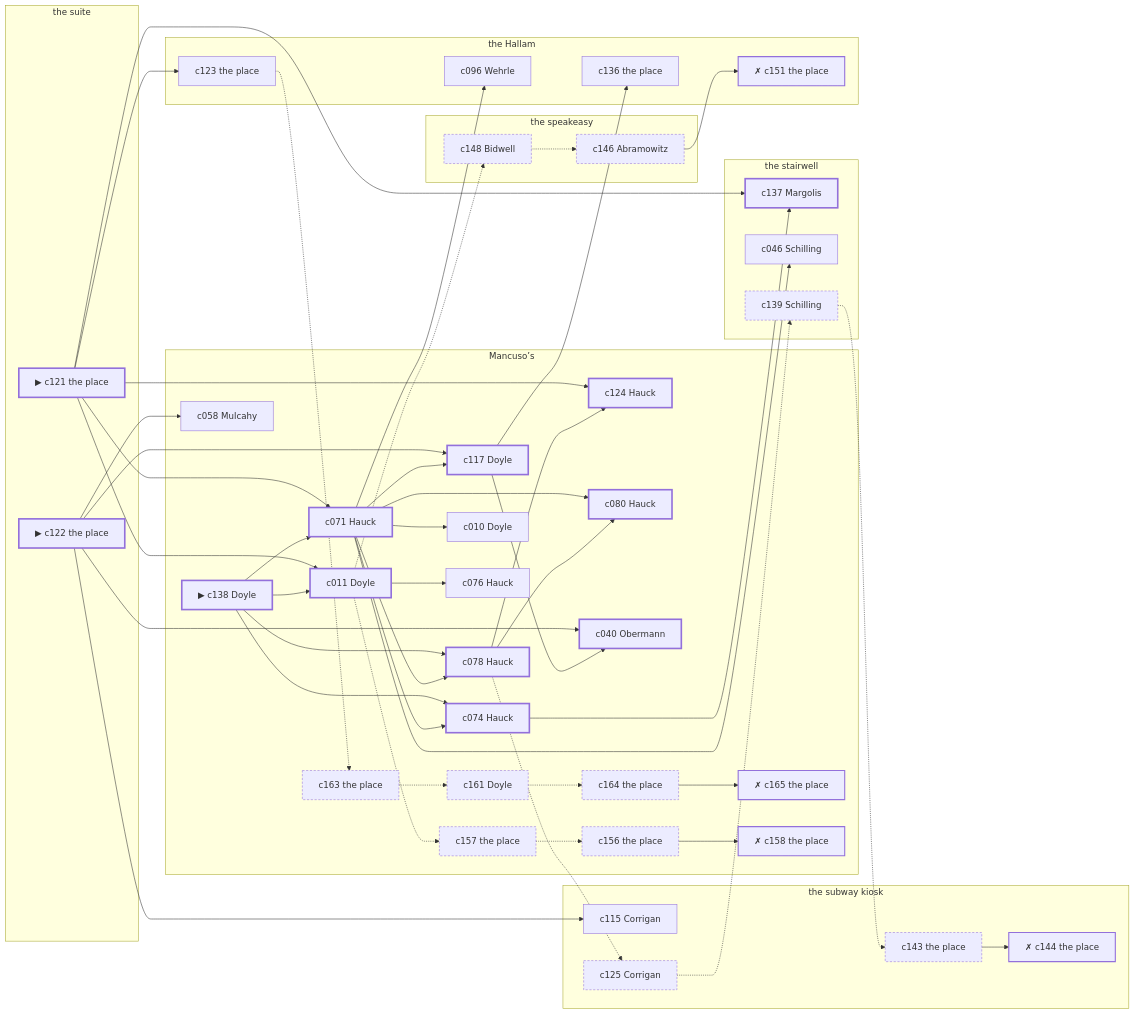
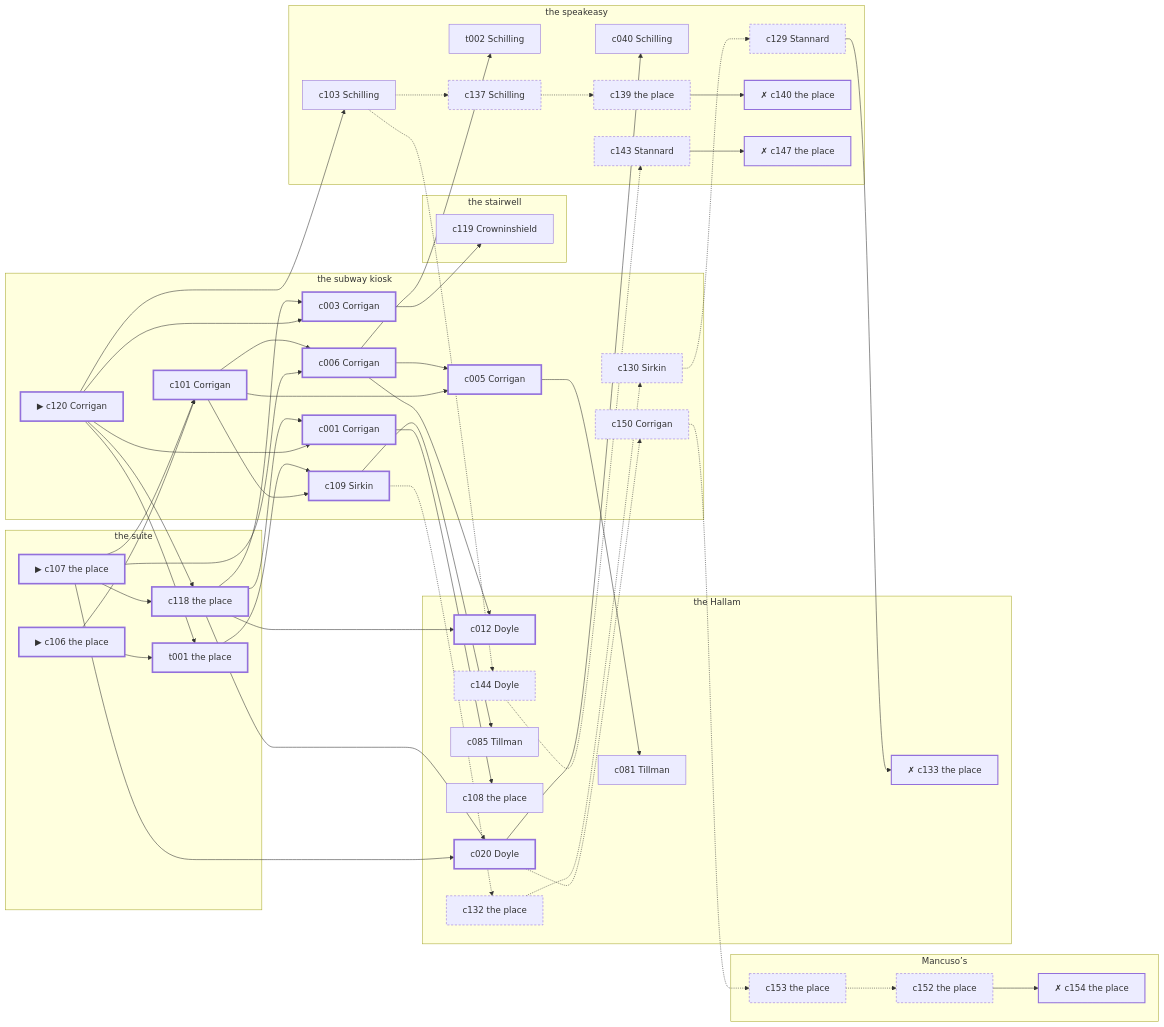
Before and after one commit to lyamshin/dashiell: the diagram in docs/samples/case-17.md, drawn with Mermaid. The commit also changed other lines of this file and 110 other files, not shown here.

````diff
--- a/docs/samples/case-17.md
+++ b/docs/samples/case-17.md
@@ -318,97 +723,98 @@
 ```mermaid
 graph LR
   subgraph P1["the suite"]
-    c121["▶ c121 the place"]
-    c122["▶ c122 the place"]
+    c106["▶ c106 the place"]
+    c107["▶ c107 the place"]
+    c118["c118 the place"]
+    t001["t001 the place"]
   end
   subgraph P2["the speakeasy"]
-    c148["c148 Bidwell"]
-    c146["c146 Abramowitz"]
+    c103["c103 Schilling"]
+    t002["t002 Schilling"]
+    c040["c040 Schilling"]
+    c129["c129 Stannard"]
+    c137["c137 Schilling"]
+    c139["c139 the place"]
+    c140["✗ c140 the place"]
+    c143["c143 Stannard"]
+    c147["✗ c147 the place"]
   end
   subgraph P3["Mancuso’s"]
-    c138["▶ c138 Doyle"]
-    c071["c071 Hauck"]
-    c117["c117 Doyle"]
-    c078["c078 Hauck"]
-    c011["c011 Doyle"]
-    c074["c074 Hauck"]
-    c124["c124 Hauck"]
-    c080["c080 Hauck"]
-    c040["c040 Obermann"]
-    c058["c058 Mulcahy"]
-    c010["c010 Doyle"]
-    c076["c076 Hauck"]
-    c163["c163 the place"]
-    c161["c161 Doyle"]
-    c164["c164 the place"]
-    c165["✗ c165 the place"]
-    c157["c157 the place"]
-    c156["c156 the place"]
-    c158["✗ c158 the place"]
+    c153["c153 the place"]
+    c152["c152 the place"]
+    c154["✗ c154 the place"]
   end
   subgraph P4["the subway kiosk"]
-    c115["c115 Corrigan"]
-    c125["c125 Corrigan"]
-    c143["c143 the place"]
-    c144["✗ c144 the place"]
+    c120["▶ c120 Corrigan"]
+    c101["c101 Corrigan"]
+    c006["c006 Corrigan"]
+    c109["c109 Sirkin"]
+    c001["c001 Corrigan"]
+    c003["c003 Corrigan"]
+    c005["c005 Corrigan"]
+    c130["c130 Sirkin"]
+    c150["c150 Corrigan"]
   end
   subgraph P5["the stairwell"]
-    c137["c137 Margolis"]
-    c046["c046 Schilling"]
-    c139["c139 Schilling"]
+    c119["c119 Crowninshield"]
   end
   subgraph P6["the Hallam"]
-    c136["c136 the place"]
-    c096["c096 Wehrle"]
-    c123["c123 the place"]
-    c151["✗ c151 the place"]
+    c012["c012 Doyle"]
+    c020["c020 Doyle"]
+    c085["c085 Tillman"]
+    c108["c108 the place"]
+    c081["c081 Tillman"]
+    c132["c132 the place"]
+    c133["✗ c133 the place"]
+    c144["c144 Doyle"]
   end
-  c121 --> c071
-  c121 --> c011
-  c121 --> c124
-  c121 --> c137
-  c121 --> c123
-  c122 --> c117
-  c122 --> c040
-  c122 --> c115
-  c122 --> c058
-  c138 --> c071
-  c138 --> c078
-  c138 --> c011
-  c138 --> c074
-  c071 --> c117
-  c071 --> c078
-  c071 --> c074
-  c071 --> c080
-  c071 --> c096
-  c071 --> c010
-  c071 --> c046
-  c117 --> c040
-  c117 --> c136
-  c078 --> c124
-  c078 --> c080
-  c078 -.-> c125
-  c011 --> c076
-  c011 -.-> c148
-  c011 -.-> c157
-  c074 --> c137
-  c123 -.-> c163
-  c125 -.-> c139
-  c139 -.-> c143
-  c143 --> c144
-  c163 -.-> c161
-  c161 -.-> c164
-  c164 --> c165
-  c148 -.-> c146
-  c146 --> c151
-  c157 -.-> c156
-  c156 --> c158
+  c106 --> c101
+  c106 --> t001
+  c107 --> c101
+  c107 --> c118
+  c107 --> c006
+  c107 --> c020
+  c120 --> c118
+  c120 --> t001
+  c120 --> c001
+  c120 --> c003
+  c120 --> c103
+  c101 --> c006
+  c101 --> c109
+  c101 --> c005
+  c118 --> c001
+  c118 --> c003
+  c118 --> c012
+  c118 --> c020
+  t001 --> c109
+  c006 --> c005
+  c006 --> c012
+  c006 --> t002
+  c109 --> c085
+  c109 -.-> c132
+  c001 --> c108
+  c003 --> c119
+  c005 --> c081
+  c020 --> c040
+  c020 -.-> c150
+  c103 -.-> c137
+  c103 -.-> c144
+  c132 -.-> c130
+  c130 -.-> c129
+  c129 --> c133
+  c150 -.-> c153
+  c153 -.-> c152
+  c152 --> c154
+  c137 -.-> c139
+  c139 --> c140
+  c144 -.-> c143
+  c143 --> c147
   classDef spine stroke-width:3px;
   classDef corrob stroke-width:1px;
   classDef noise stroke-dasharray: 4 3;
   classDef disq stroke-width:2px,stroke-dasharray: 1 0;
-  class c121,c122,c138,c071,c117,c078,c011,c074,c124,c080,c040,c137 spine;
-  class c136,c115,c096,c123,c058,c010,c046,c076 corrob;
-  class c125,c139,c143,c163,c161,c164,c148,c146,c157,c156 noise;
-  class c144,c165,c151,c158 disq;
+  class c106,c107,c120,c101,c118,t001,c006,c109,c001,c003,c005,c012,c020 spine;
+  class c103,c119,t002,c085,c108,c081,c040 corrob;
+  class c132,c130,c129,c150,c153,c152,c137,c139,c144,c143 noise;
+  class c133,c154,c140,c147 disq;
 ```
````
